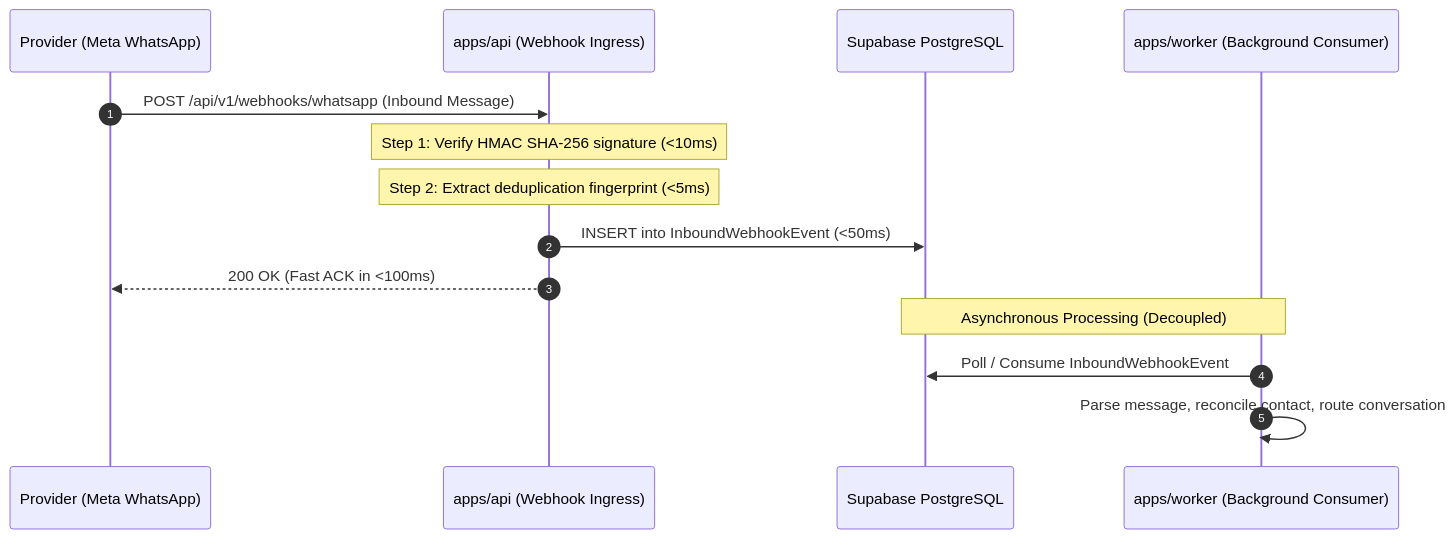
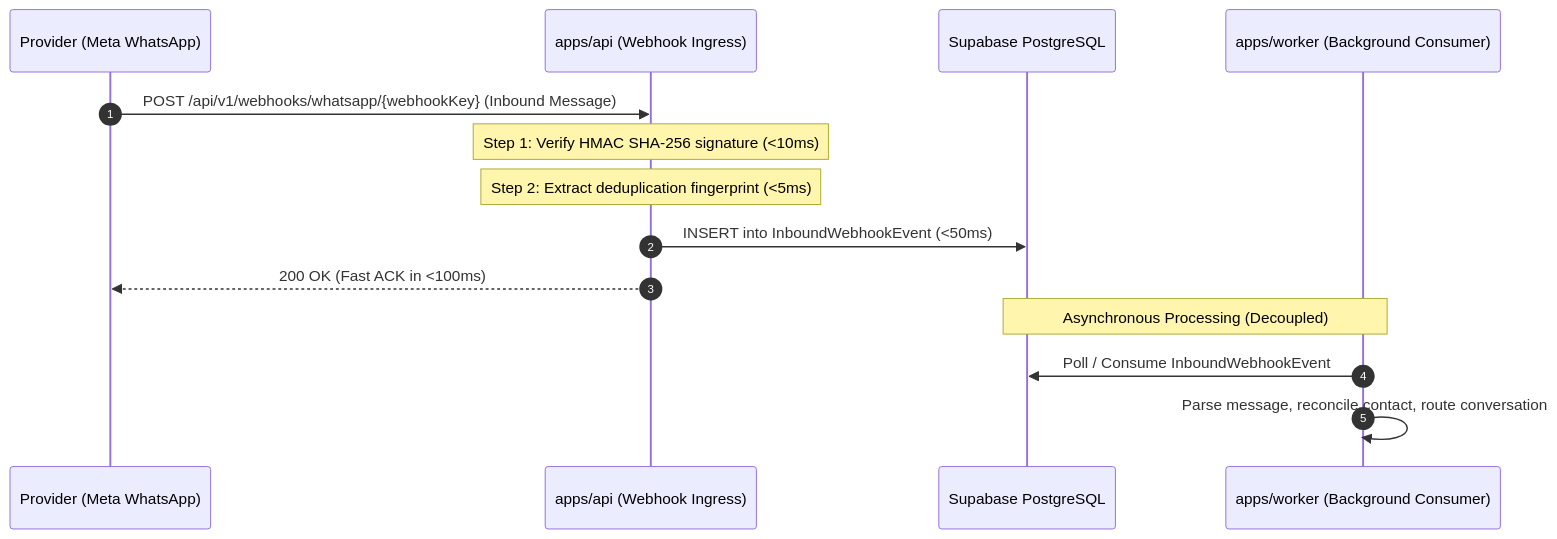
Before and after one commit to Alkanni/vynor-crm-system: the diagram in docs/webhook-response-and-security.md, drawn with Mermaid. The commit also changed 145 other files, not shown here.

````diff
--- a/docs/webhook-response-and-security.md
+++ b/docs/webhook-response-and-security.md
@@ -15,18 +15,18 @@
 ```mermaid
 sequenceDiagram
     autonumber
     participant Meta as Provider (Meta WhatsApp)
     participant API as apps/api (Webhook Ingress)
     participant DB as Supabase PostgreSQL
     participant Worker as apps/worker (Background Consumer)
 
-    Meta->>API: POST /api/v1/webhooks/whatsapp (Inbound Message)
+    Meta->>API: POST /api/v1/webhooks/whatsapp/{webhookKey} (Inbound Message)
     Note over API: Step 1: Verify HMAC SHA-256 signature (<10ms)
     Note over API: Step 2: Extract deduplication fingerprint (<5ms)
     API->>DB: INSERT into InboundWebhookEvent (<50ms)
     API-->>Meta: 200 OK (Fast ACK in <100ms)
 
     Note over DB,Worker: Asynchronous Processing (Decoupled)
     Worker->>DB: Poll / Consume InboundWebhookEvent
     Worker->>Worker: Parse message, reconcile contact, route conversation
 ```
````
